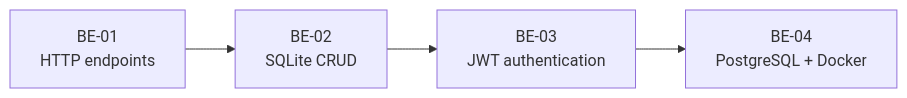
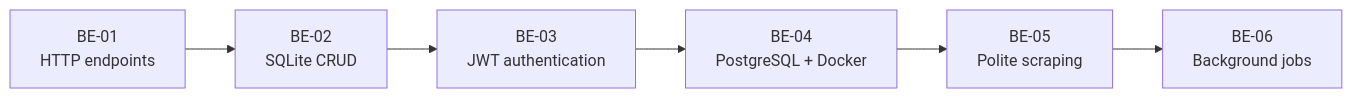
The diagram in README.md (bilgenurpala/flyrank-internship), drawn with Mermaid before and after one commit. The commit also changed other lines of this file and 16 other files, not shown here.

````diff
--- a/README.md
+++ b/README.md
@@ -22,6 +24,8 @@
 ```mermaid
 flowchart LR
     A["BE-01<br/>HTTP endpoints"] --> B["BE-02<br/>SQLite CRUD"]
     B --> C["BE-03<br/>JWT authentication"]
     C --> D["BE-04<br/>PostgreSQL + Docker"]
+    D --> E["BE-05<br/>Polite scraping"]
+    E --> F["BE-06<br/>Background jobs"]
 ```
````
